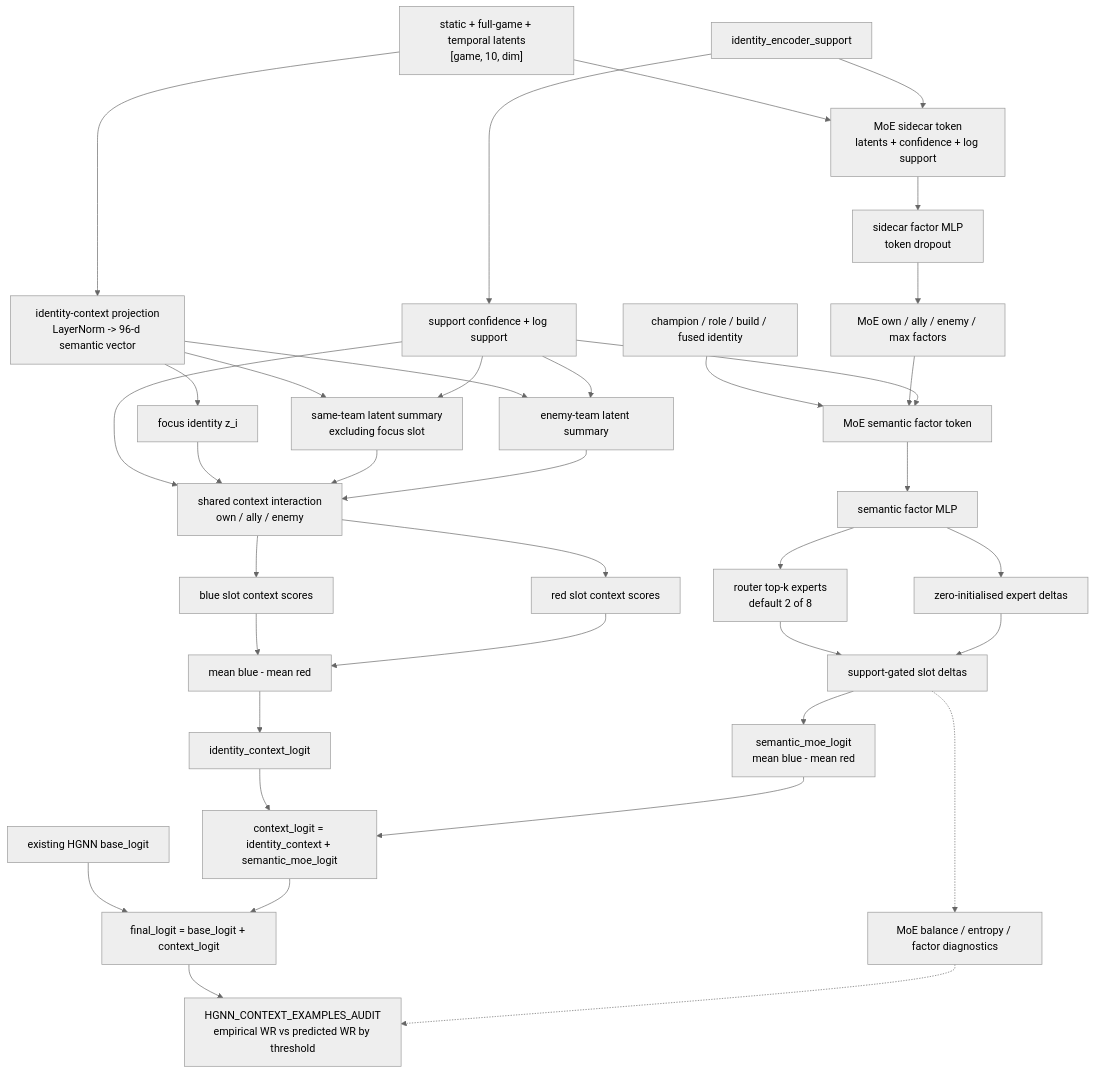
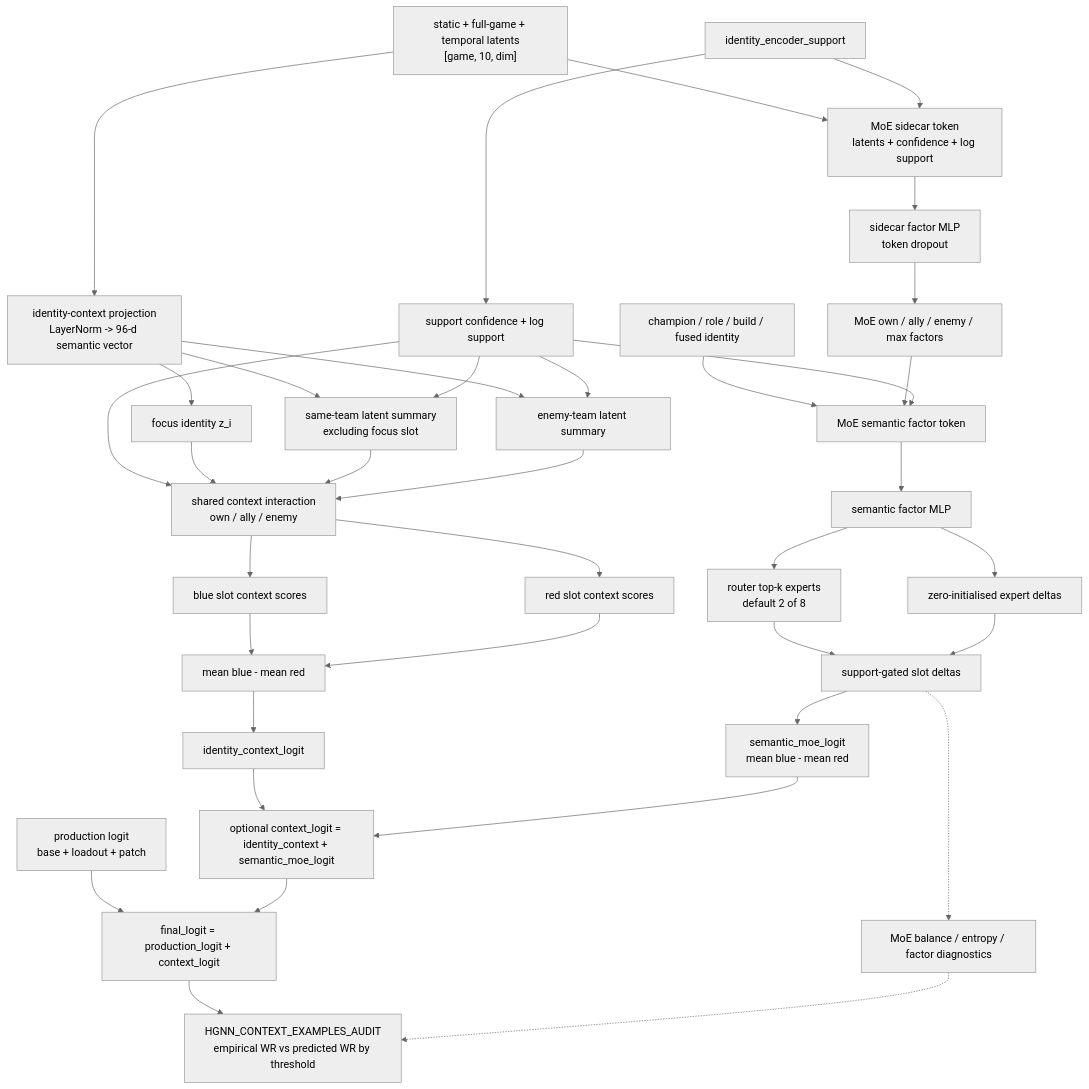
One commit to JackLGZimmerman/riot-api-ecosystem changed the second of 2 diagrams in app/ml/documentation/HGNN_CURRENT.md. Above: the diagram before and after it, drawn with Mermaid (neutral theme). The commit also changed other lines of this file and 44 other files, not shown here.

Commit message:
Architecture updates

````diff
--- a/app/ml/documentation/HGNN_CURRENT.md
+++ b/app/ml/documentation/HGNN_CURRENT.md
@@ -137,46 +309,46 @@
 ```mermaid
 flowchart TD
     sidecars["static + full-game + temporal latents<br/>[game, 10, dim]"] --> proj["identity-context projection<br/>LayerNorm -> 96-d semantic vector"]
     support["identity_encoder_support"] --> gate["support confidence + log support"]
 
     proj --> own["focus identity z_i"]
     proj --> allies["same-team latent summary<br/>excluding focus slot"]
     proj --> enemies["enemy-team latent summary"]
 
     gate --> allies
     gate --> enemies
     gate --> score
 
     own --> score["shared context interaction<br/>own / ally / enemy"]
     allies --> score
     enemies --> score
 
     score --> blue["blue slot context scores"]
     score --> red["red slot context scores"]
     blue --> diff["mean blue - mean red"]
     red --> diff
     diff --> identity_context["identity_context_logit"]
 
     sidecars --> sidecar_token["MoE sidecar token<br/>latents + confidence + log support"]
     support --> sidecar_token
     sidecar_token --> sidecar_factor["sidecar factor MLP<br/>token dropout"]
     sidecar_factor --> moe_context["MoE own / ally / enemy / max factors"]
     identity["champion / role / build / fused identity"] --> moe_token["MoE semantic factor token"]
     moe_context --> moe_token
     gate --> moe_token
     moe_token --> factor["semantic factor MLP"]
     factor --> router["router top-k experts<br/>default 2 of 8"]
     factor --> experts["zero-initialised expert deltas"]
     router --> moe_slots["support-gated slot deltas"]
     experts --> moe_slots
     moe_slots --> moe_logit["semantic_moe_logit<br/>mean blue - mean red"]
     moe_slots -.-> moe_diag["MoE balance / entropy / factor diagnostics"]
 
-    identity_context --> context["context_logit = identity_context + semantic_moe_logit"]
+    production["production logit<br/>base + loadout + patch"] --> final["final_logit = production_logit + context_logit"]
+    identity_context --> context["optional context_logit = identity_context + semantic_moe_logit"]
     moe_logit --> context
-    base["existing HGNN base_logit"] --> final["final_logit = base_logit + context_logit"]
     context --> final
 
     final --> audit["HGNN_CONTEXT_EXAMPLES_AUDIT<br/>empirical WR vs predicted WR by threshold"]
     moe_diag -.-> audit
 ```
````
